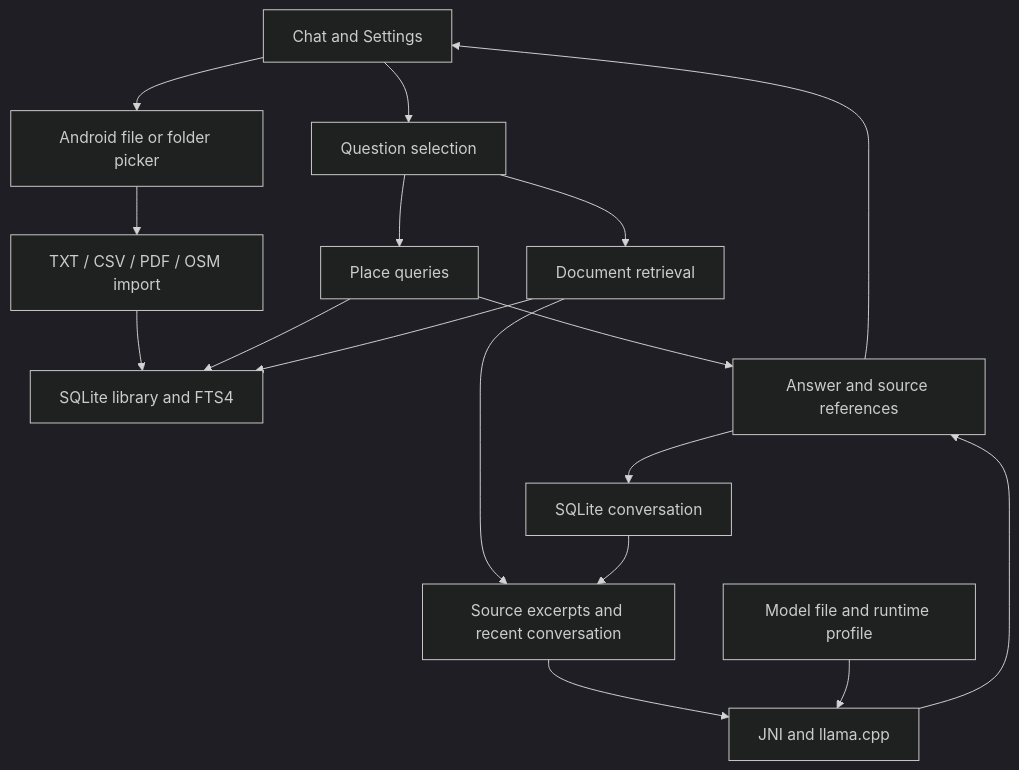
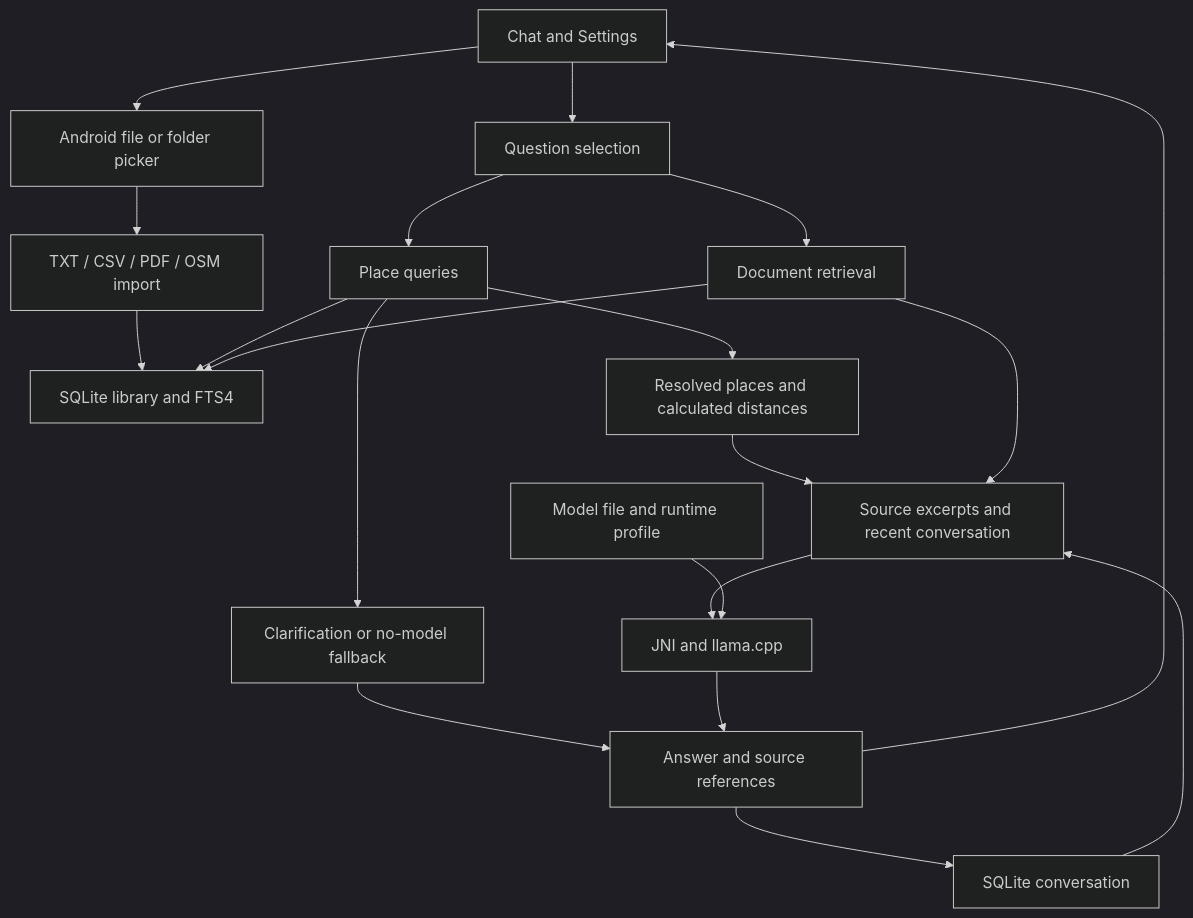
The diagram in docs/architecture.md (nicoarias81/outpost), drawn with Mermaid (dark theme) before and after one commit. The commit also changed other lines of this file and 84 other files, not shown here.

````diff
--- a/docs/architecture.md
+++ b/docs/architecture.md
@@ -7,19 +7,22 @@
 ```mermaid
 flowchart TD
     UI[Chat and Settings] --> Import[Android file or folder picker]
     Import --> Parse[TXT / CSV / PDF / OSM import]
     Parse --> DB[SQLite library and FTS4]
     UI --> Route[Question selection]
     Route --> Places[Place queries]
     Places --> DB
-    Places --> Answer[Answer and source references]
+    Places --> PlaceFacts[Resolved places and calculated distances]
+    PlaceFacts --> Prompt
+    Places --> Fallback[Clarification or no-model fallback]
+    Fallback --> Answer[Answer and source references]
     Route --> Retrieve[Document retrieval]
     Retrieve --> DB
     Retrieve --> Prompt[Source excerpts and recent conversation]
     Chat[SQLite conversation] --> Prompt
     Prompt --> Native[JNI and llama.cpp]
     Model[Model file and runtime profile] --> Native
     Native --> Answer
     Answer --> UI
     Answer --> Chat
 ```
````
